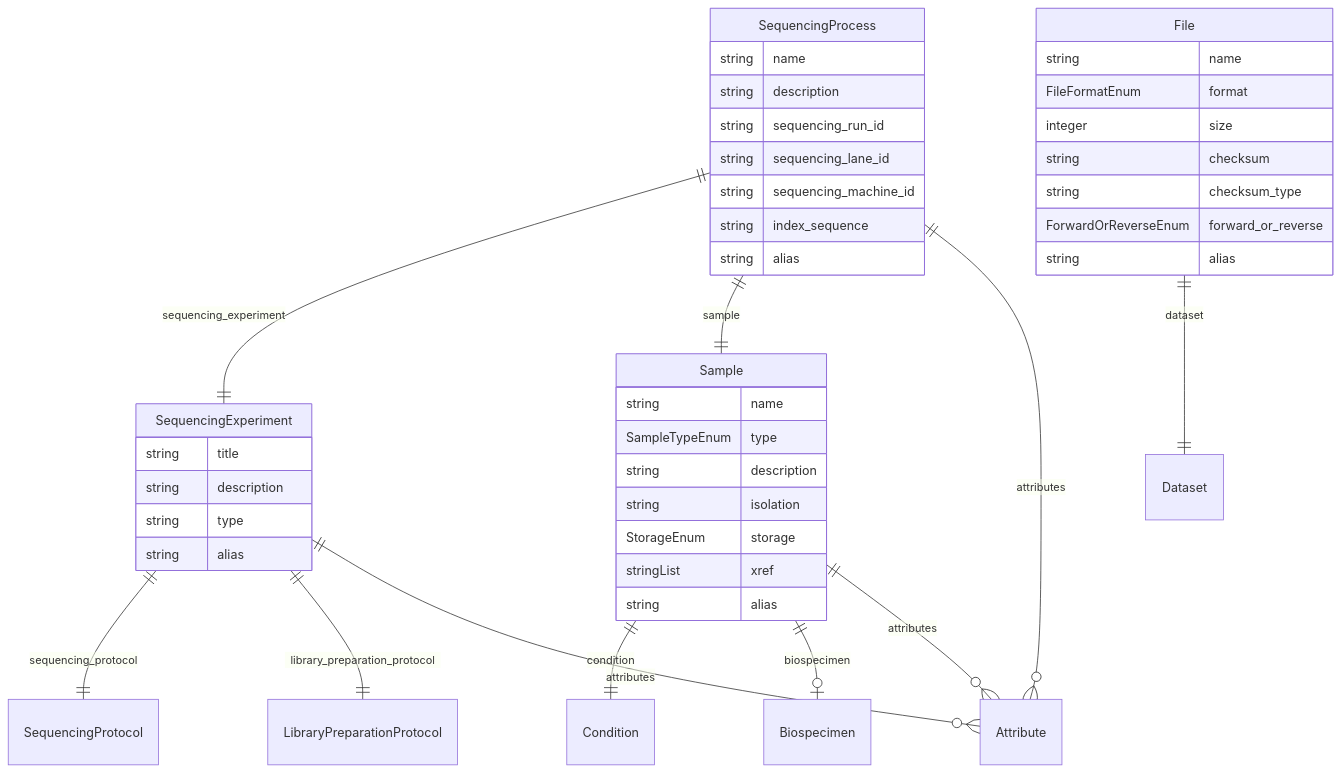
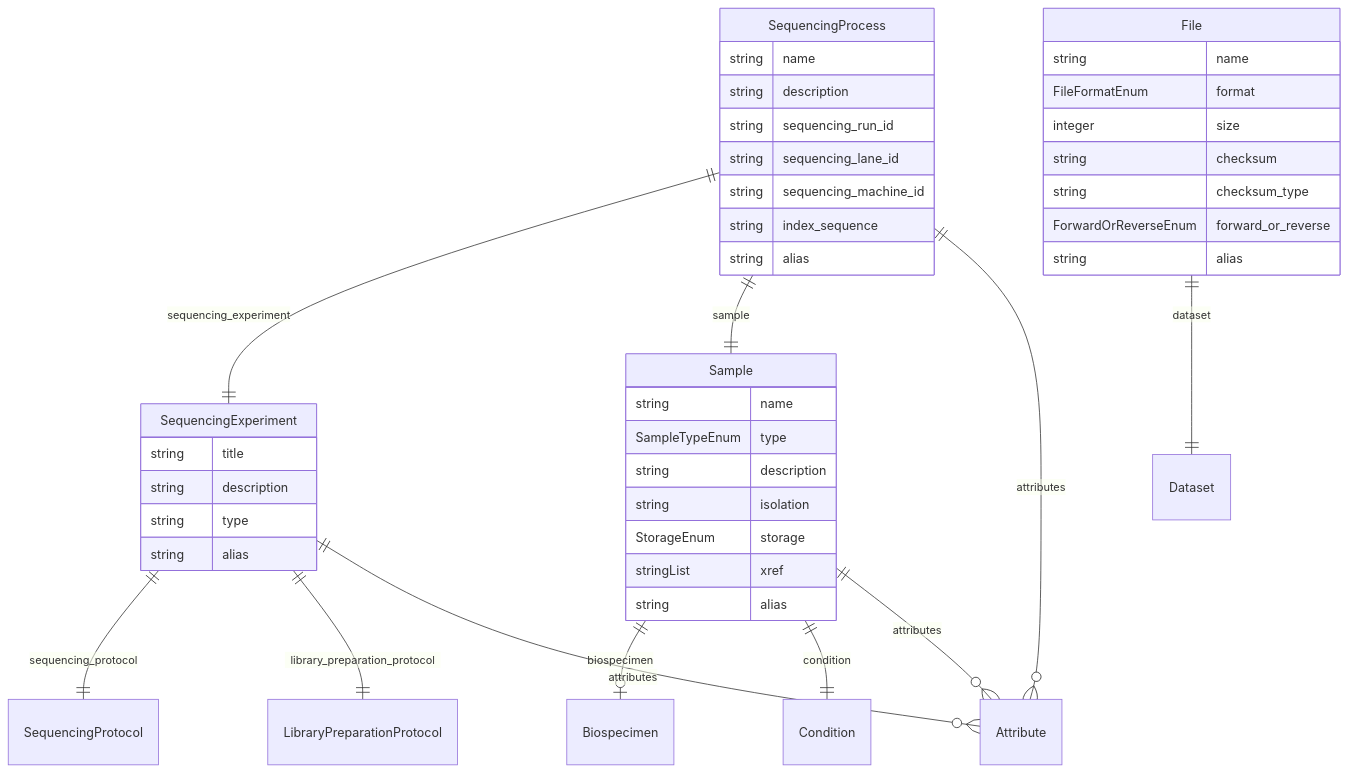
Before and after one commit to ghga-de/ghga-metadata-schema: the sixth of 7 diagrams in docs/entity_relations.md, drawn with Mermaid. The commit also changed other lines of this file and 264 other files, not shown here.

````diff
--- a/docs/entity_relations.md
+++ b/docs/entity_relations.md
@@ -268,48 +268,48 @@
 ```mermaid
 erDiagram
 SequencingProcess {
     string name  
     string description  
     string sequencing_run_id  
     string sequencing_lane_id  
     string sequencing_machine_id  
     string index_sequence  
     string alias  
 }
 File {
     string name  
     FileFormatEnum format  
     integer size  
     string checksum  
     string checksum_type  
     ForwardOrReverseEnum forward_or_reverse  
     string alias  
 }
 Sample {
     string name  
     SampleTypeEnum type  
     string description  
     string isolation  
     StorageEnum storage  
     stringList xref  
     string alias  
 }
 SequencingExperiment {
     string title  
     string description  
     string type  
     string alias  
 }
 
 SequencingProcess ||--|| SequencingExperiment : "sequencing_experiment"
 SequencingProcess ||--|| Sample : "sample"
 SequencingProcess ||--}o Attribute : "attributes"
 File ||--|| Dataset : "dataset"
+Sample ||--|o Biospecimen : "biospecimen"
 Sample ||--|| Condition : "condition"
-Sample ||--|o Biospecimen : "biospecimen"
 Sample ||--}o Attribute : "attributes"
 SequencingExperiment ||--|| SequencingProtocol : "sequencing_protocol"
 SequencingExperiment ||--|| LibraryPreparationProtocol : "library_preparation_protocol"
 SequencingExperiment ||--}o Attribute : "attributes"
 
 ```
````
